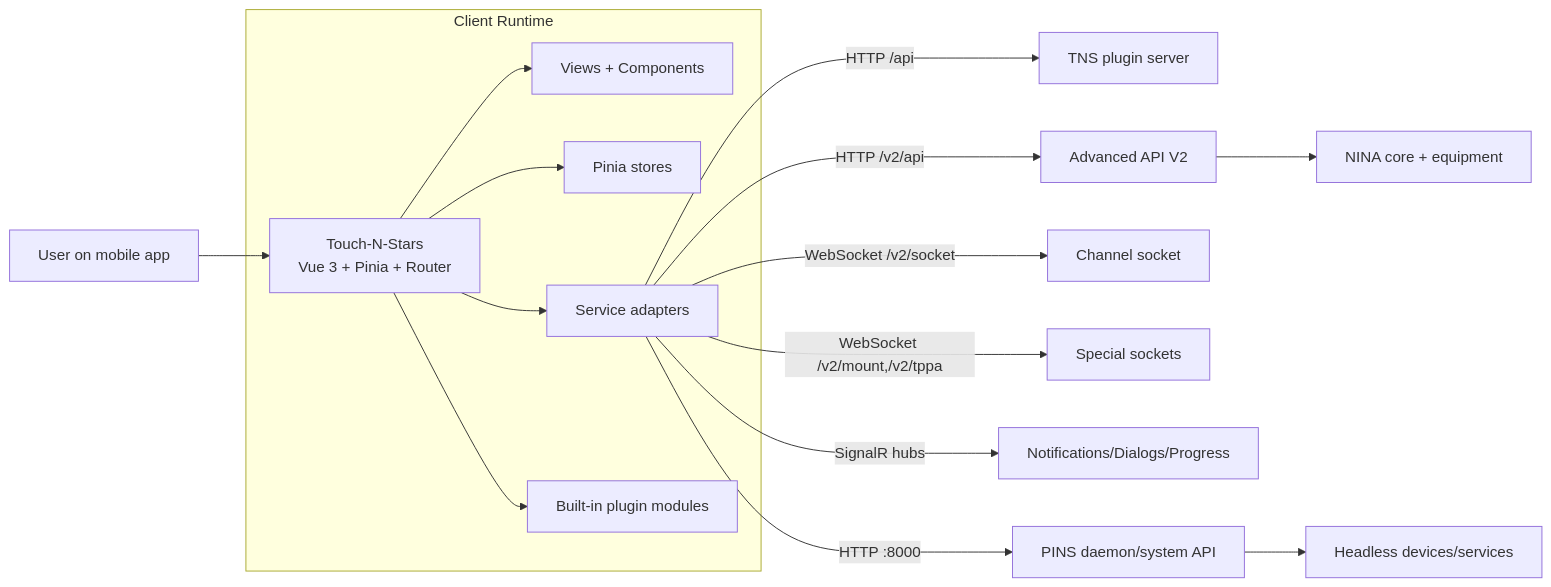
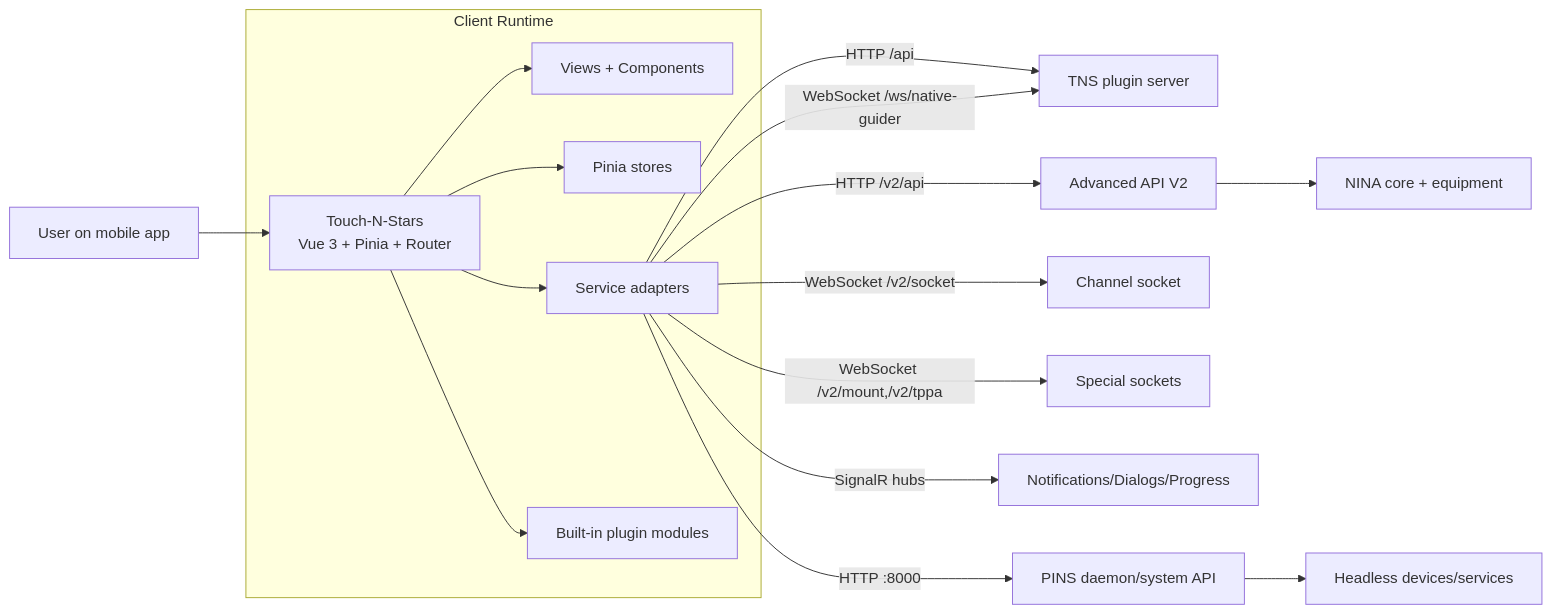
One commit to acocalypso/Touch-N-Stars changed the diagram in HighLevelDesign.md. Above: the diagram before and after it, drawn with Mermaid. The commit also changed other lines of this file and 84 other files, not shown here.

First line of the commit message:
feat(guider): native guider page for the PINS native guider

````diff
--- a/HighLevelDesign.md
+++ b/HighLevelDesign.md
@@ -17,21 +17,22 @@
 ```mermaid
 flowchart LR
   U[User on mobile app] --> APP[Touch-N-Stars\nVue 3 + Pinia + Router]
 
   subgraph Client Runtime
     APP --> VIEWS[Views + Components]
     APP --> STORES[Pinia stores]
     APP --> SERVICES[Service adapters]
     APP --> PLUGINS[Built-in plugin modules]
   end
 
   SERVICES -->|HTTP /api| TNS[TNS plugin server]
   SERVICES -->|HTTP /v2/api| ADV[Advanced API V2]
   SERVICES -->|WebSocket /v2/socket| WSCH[Channel socket]
   SERVICES -->|WebSocket /v2/mount,/v2/tppa| WSSP[Special sockets]
+  SERVICES -->|WebSocket /ws/native-guider| TNS
   SERVICES -->|SignalR hubs| SR[Notifications/Dialogs/Progress]
   SERVICES -->|HTTP :8000| PINS[PINS daemon/system API]
 
   ADV --> NINA[NINA core + equipment]
   PINS --> DEVICES[Headless devices/services]
 ```
````
